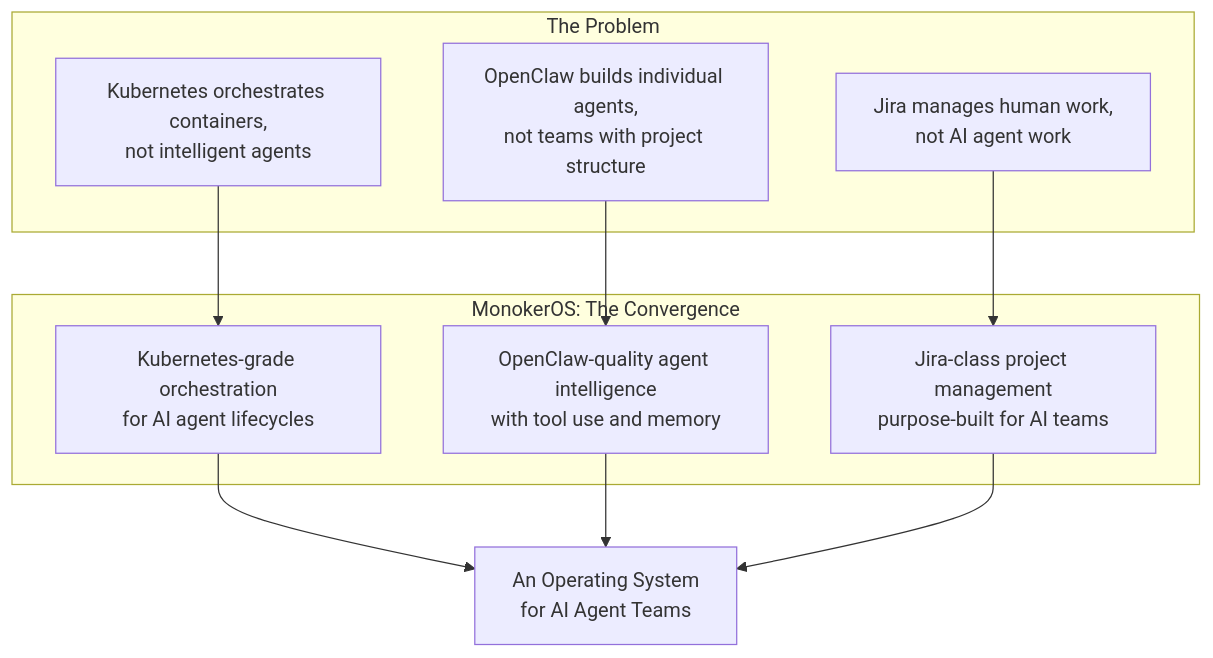
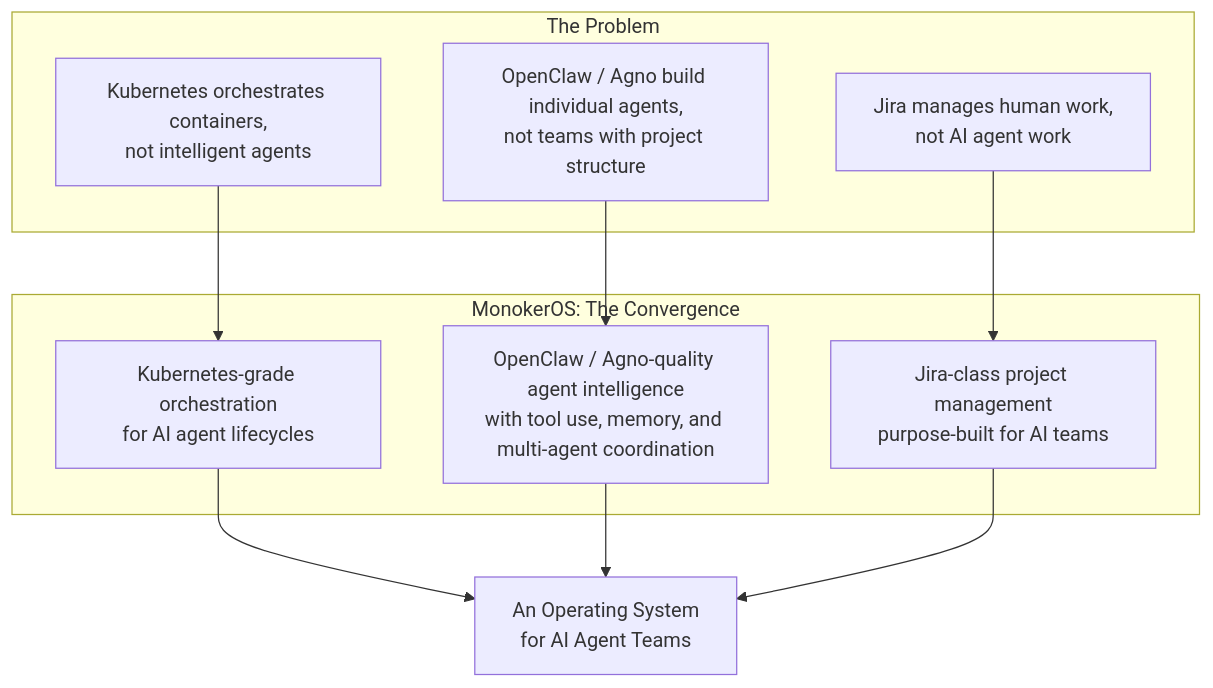
Before and after one commit to pde-rent/monokeros: the seventh of 7 diagrams in docs/architecture/inspirations.md, drawn with Mermaid. The commit also changed other lines of this file and 50 other files, not shown here.

````diff
--- a/docs/architecture/inspirations.md
+++ b/docs/architecture/inspirations.md
@@ -322,21 +339,21 @@
 ```mermaid
 graph TB
     subgraph Problem["The Problem"]
         P1["Kubernetes orchestrates containers,<br/>not intelligent agents"]
-        P2["OpenClaw builds individual agents,<br/>not teams with project structure"]
+        P2["OpenClaw / Agno build individual agents,<br/>not teams with project structure"]
         P3["Jira manages human work,<br/>not AI agent work"]
     end
 
     subgraph Solution["MonokerOS: The Convergence"]
         S1["Kubernetes-grade orchestration<br/>for AI agent lifecycles"]
-        S2["OpenClaw-quality agent intelligence<br/>with tool use and memory"]
+        S2["OpenClaw / Agno-quality agent intelligence<br/>with tool use, memory, and multi-agent coordination"]
         S3["Jira-class project management<br/>purpose-built for AI teams"]
     end
 
     P1 --> S1
     P2 --> S2
     P3 --> S3
 
     S1 & S2 & S3 --> OS["An Operating System<br/>for AI Agent Teams"]
 
 ```
````
